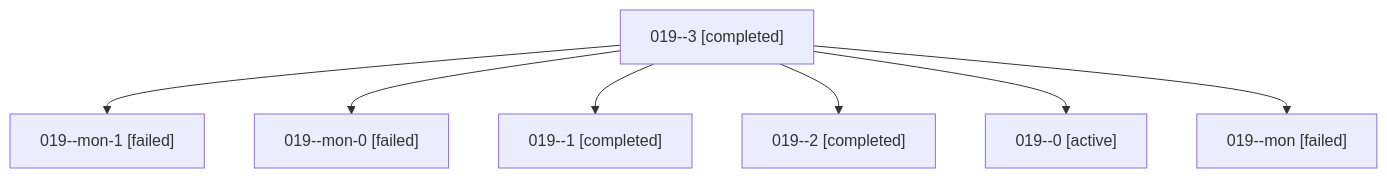
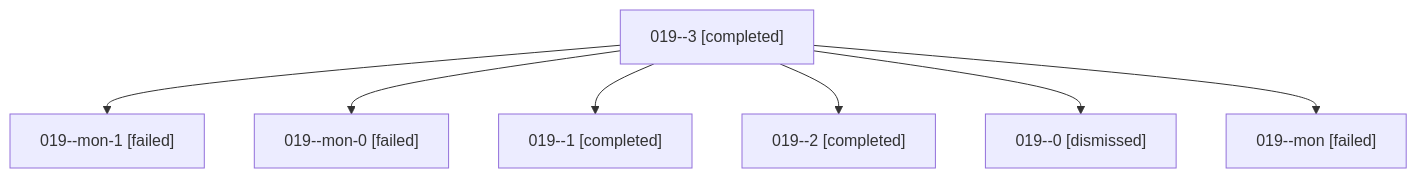
Before and after one commit to sase-org/sase--agents: the diagram in sessions/bbugyi200.athena.019.md, drawn with Mermaid. The commit also changed other lines of this file and 46 other files, not shown here.

````diff
--- a/sessions/bbugyi200.athena.019.md
+++ b/sessions/bbugyi200.athena.019.md
@@ -9,16 +9,16 @@
 ```mermaid
 flowchart TD
   n0["019--3 [completed]"]
   n1["019--mon-1 [failed]"]
   n0 --> n1
   n2["019--mon-0 [failed]"]
   n0 --> n2
   n3["019--1 [completed]"]
   n0 --> n3
   n4["019--2 [completed]"]
   n0 --> n4
-  n5["019--0 [active]"]
+  n5["019--0 [dismissed]"]
   n0 --> n5
   n6["019--mon [failed]"]
   n0 --> n6
 ```
````
